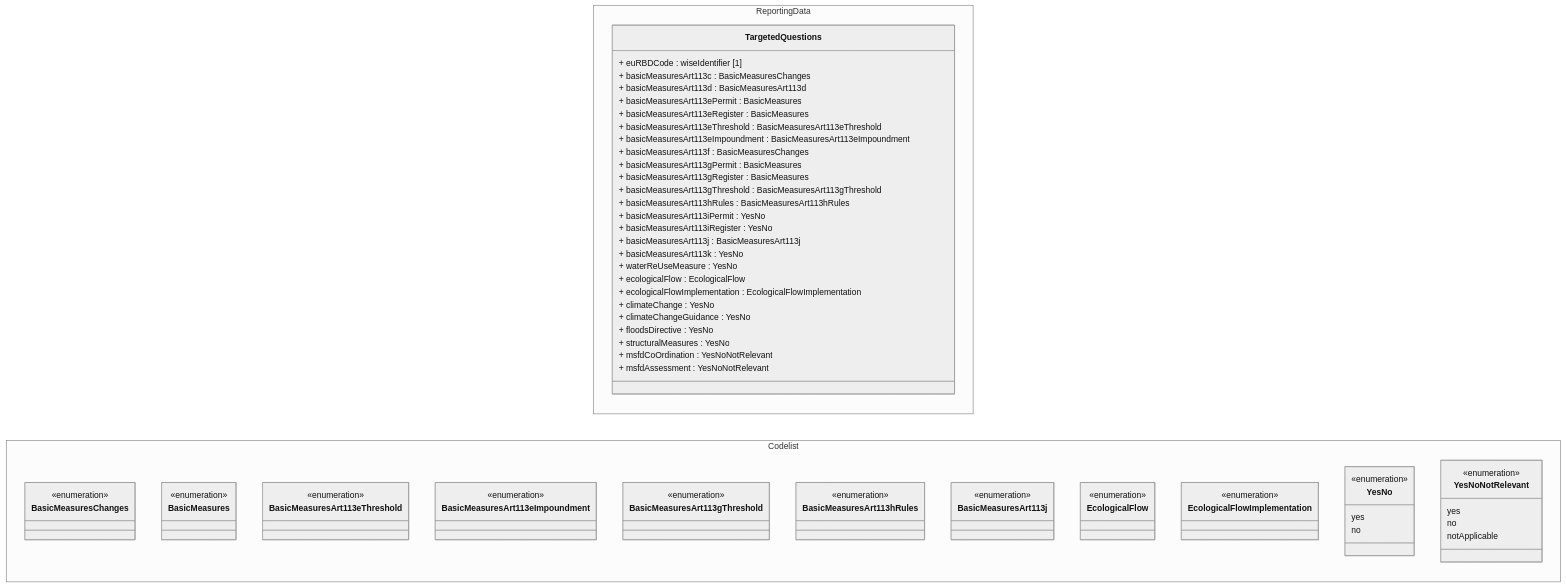
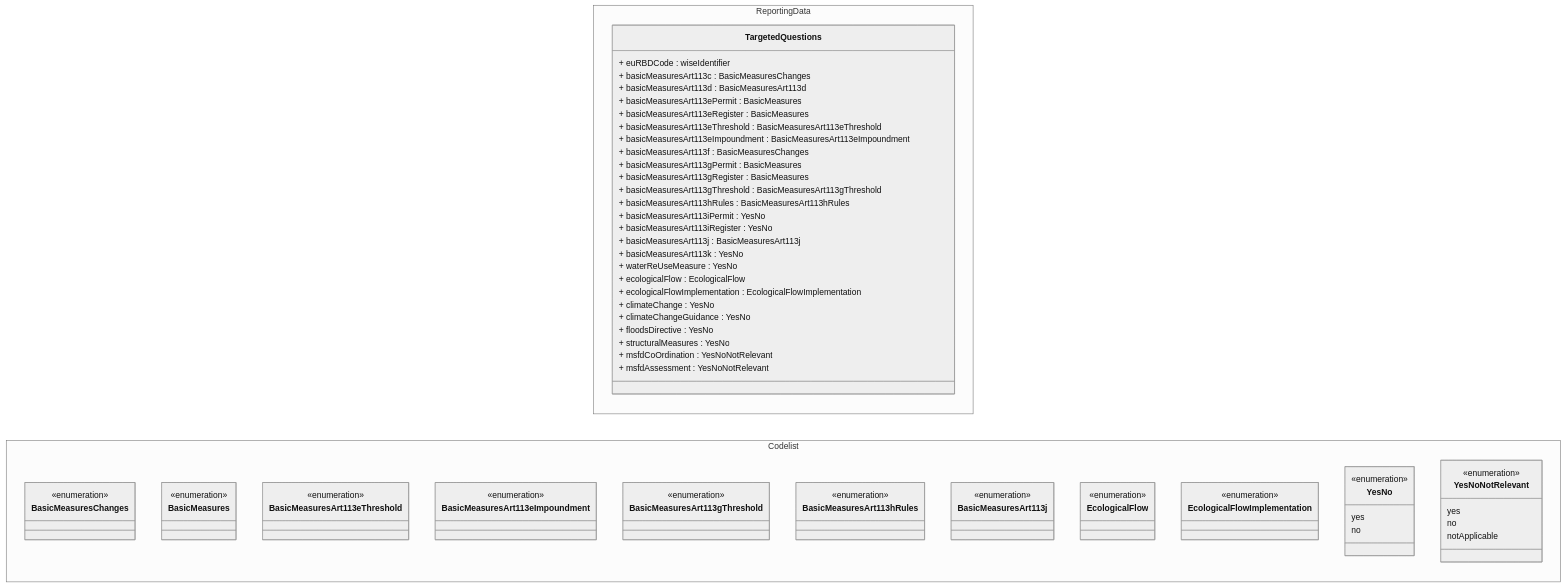
Before and after one commit to eeadata/WISE.WFD.Documentation: the diagram in docs/DataModelReview/mmd/Measures_TargetedQuestions_4thCycle_ClassDiagram.mmd, drawn with Mermaid. The commit also changed 4 other files, not shown here.

```diff
--- a/docs/DataModelReview/mmd/Measures_TargetedQuestions_4thCycle_ClassDiagram.mmd
+++ b/docs/DataModelReview/mmd/Measures_TargetedQuestions_4thCycle_ClassDiagram.mmd
@@ -1,74 +1,74 @@
 %%{init : {'theme' : 'neutral'}}%%
 classDiagram
 direction LR
 namespace ReportingData{
 class TargetedQuestions{
-+ euRBDCode : wiseIdentifier [1]
++ euRBDCode : wiseIdentifier
 
 + basicMeasuresArt113c : BasicMeasuresChanges
 + basicMeasuresArt113d : BasicMeasuresArt113d
 + basicMeasuresArt113ePermit : BasicMeasures
 + basicMeasuresArt113eRegister : BasicMeasures
 + basicMeasuresArt113eThreshold : BasicMeasuresArt113eThreshold
 + basicMeasuresArt113eImpoundment : BasicMeasuresArt113eImpoundment
 + basicMeasuresArt113f : BasicMeasuresChanges
 + basicMeasuresArt113gPermit : BasicMeasures
 + basicMeasuresArt113gRegister : BasicMeasures
 + basicMeasuresArt113gThreshold : BasicMeasuresArt113gThreshold
 + basicMeasuresArt113hRules : BasicMeasuresArt113hRules
 + basicMeasuresArt113iPermit : YesNo 
 + basicMeasuresArt113iRegister : YesNo 
 + basicMeasuresArt113j : BasicMeasuresArt113j
 + basicMeasuresArt113k : YesNo 
 
 + waterReUseMeasure : YesNo
 + ecologicalFlow : EcologicalFlow
 + ecologicalFlowImplementation : EcologicalFlowImplementation
 + climateChange : YesNo
 + climateChangeGuidance : YesNo
 + floodsDirective : YesNo
 + structuralMeasures : YesNo
 + msfdCoOrdination : YesNoNotRelevant
 + msfdAssessment : YesNoNotRelevant
 }
 }
 namespace Codelist{
 class BasicMeasuresChanges{
     <<enumeration>>
     }
 class BasicMeasures{
     <<enumeration>>
     }
 class BasicMeasuresArt113eThreshold{
     <<enumeration>>
     }
 class BasicMeasuresArt113eImpoundment{
     <<enumeration>>
     }
 class BasicMeasuresArt113gThreshold{
     <<enumeration>>
     }
 class BasicMeasuresArt113hRules{
     <<enumeration>>
     }
 class BasicMeasuresArt113j{
     <<enumeration>>
     }
 class EcologicalFlow{
     <<enumeration>>
     }
 class EcologicalFlowImplementation{
     <<enumeration>>
     }
 class YesNo{
     <<enumeration>>
     yes
     no
     }
 class YesNoNotRelevant{
     <<enumeration>>
     yes
     no
     notApplicable
     }
 }
```
